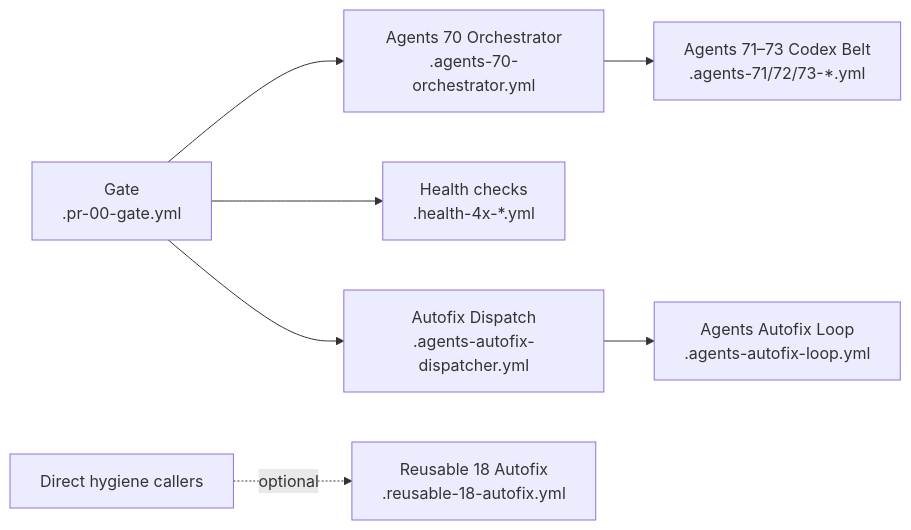
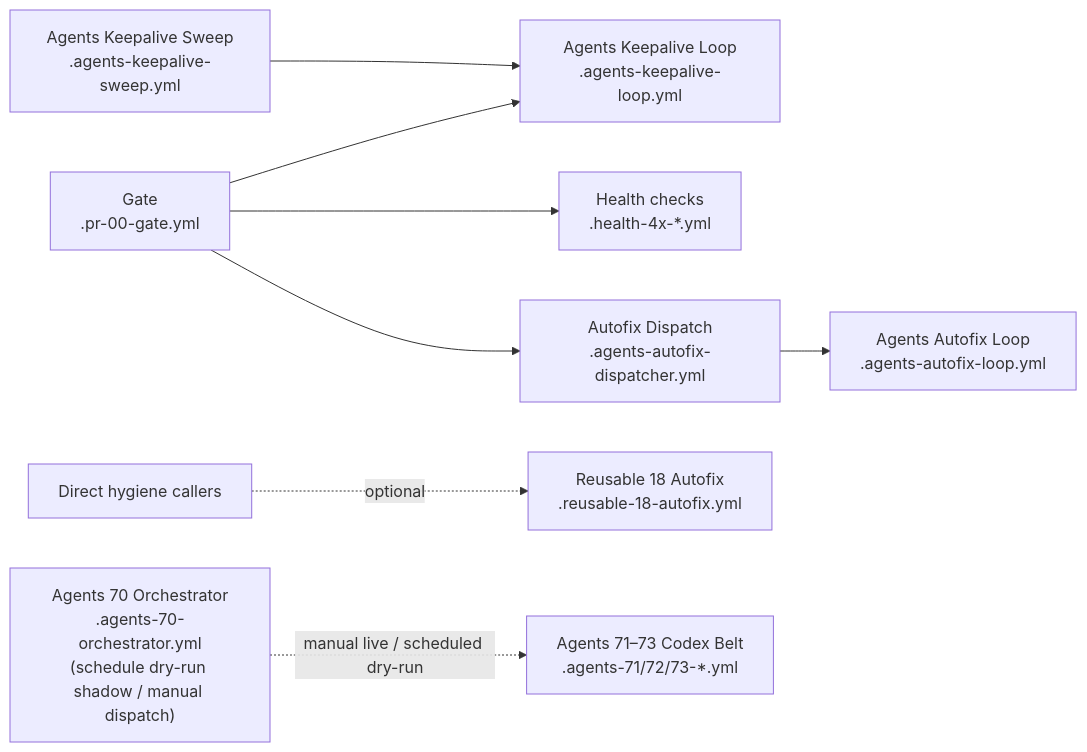
Before and after one commit to stranske/Workflows: the first of 2 diagrams in docs/ci/WORKFLOWS.md, drawn with Mermaid. The commit also changed other lines of this file and 6 other files, not shown here.

First line of the commit message:
docs(agents-70): reconcile event eligibility, dry-run shadow, and policy pointer (#4721) (#4730)

````diff
--- a/docs/ci/WORKFLOWS.md
+++ b/docs/ci/WORKFLOWS.md
@@ -10,9 +10,10 @@
 ```mermaid
 flowchart LR
-    gate["Gate\n.pr-00-gate.yml"] --> agents70["Agents 70 Orchestrator\n.agents-70-orchestrator.yml"]
+    gate["Gate\n.pr-00-gate.yml"] --> keepaliveLoop["Agents Keepalive Loop\n.agents-keepalive-loop.yml"]
+    keepaliveSweep["Agents Keepalive Sweep\n.agents-keepalive-sweep.yml"] --> keepaliveLoop
     gate --> healthGuard["Health checks\n.health-4x-*.yml"]
     gate --> autofixDispatch["Autofix Dispatch\n.agents-autofix-dispatcher.yml"]
     autofixDispatch --> autofixLoop["Agents Autofix Loop\n.agents-autofix-loop.yml"]
     directCallers["Direct hygiene callers"] -. optional .-> autofix["Reusable 18 Autofix\n.reusable-18-autofix.yml"]
-    agents70 --> agentsBelt["Agents 71–73 Codex Belt\n.agents-71/72/73-*.yml"]
+    agents70["Agents 70 Orchestrator\n.agents-70-orchestrator.yml\n(schedule dry-run shadow / manual dispatch)"] -. manual live / scheduled dry-run .-> agentsBelt["Agents 71–73 Codex Belt\n.agents-71/72/73-*.yml"]
 ```
````
